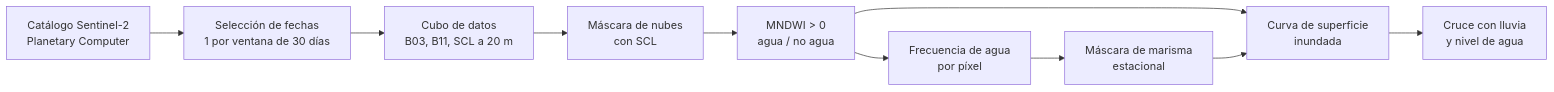
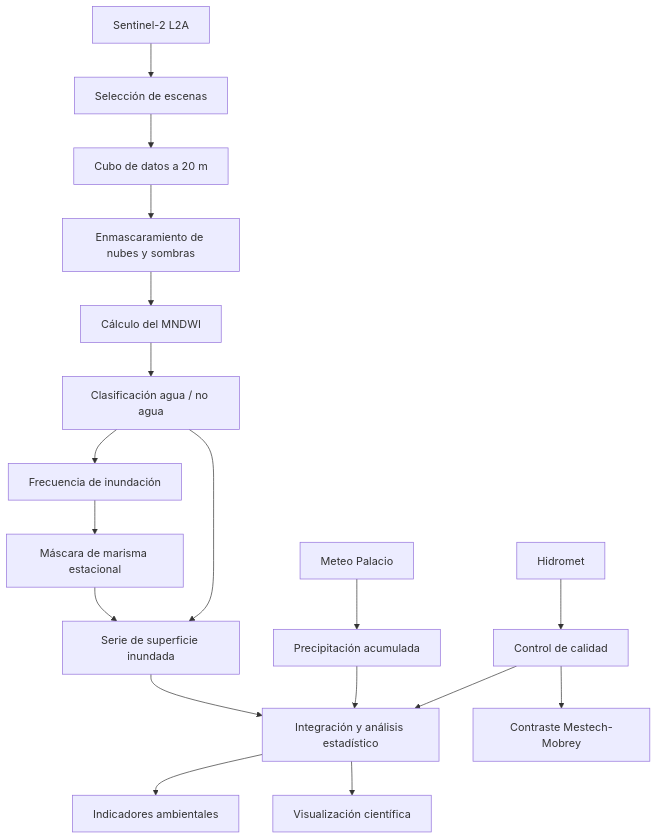
Before and after one commit to FuentesAntro/donana-hidroperiodo: the first of 2 diagrams in README.md, drawn with Mermaid. The commit also changed other lines of this file, not shown here.

````diff
--- a/README.md
+++ b/README.md
@@ -61,12 +91,20 @@
 ```mermaid
-flowchart LR
-    A[Catálogo Sentinel-2<br/>Planetary Computer] --> B[Selección de fechas<br/>1 por ventana de 30 días]
-    B --> C[Cubo de datos<br/>B03, B11, SCL a 20 m]
-    C --> D[Máscara de nubes<br/>con SCL]
-    D --> E[MNDWI > 0<br/>agua / no agua]
-    E --> F[Frecuencia de agua<br/>por píxel]
-    F --> G[Máscara de marisma<br/>estacional]
-    E --> H[Curva de superficie<br/>inundada]
-    G --> H
-    H --> I[Cruce con lluvia<br/>y nivel de agua]
+flowchart TD
+    A[Sentinel-2 L2A] --> B[Selección de escenas]
+    B --> C[Cubo de datos a 20 m]
+    C --> D[Enmascaramiento de nubes y sombras]
+    D --> E[Cálculo del MNDWI]
+    E --> F[Clasificación agua / no agua]
+    F --> G[Frecuencia de inundación]
+    G --> H[Máscara de marisma estacional]
+    F --> I[Serie de superficie inundada]
+    H --> I
+    J[Hidromet] --> K[Control de calidad]
+    L[Meteo Palacio] --> M[Precipitación acumulada]
+    K --> N[Integración y análisis estadístico]
+    M --> N
+    I --> N
+    N --> O[Indicadores ambientales]
+    N --> P[Visualización científica]
+    K --> Q[Contraste Mestech-Mobrey]
 ```
````
